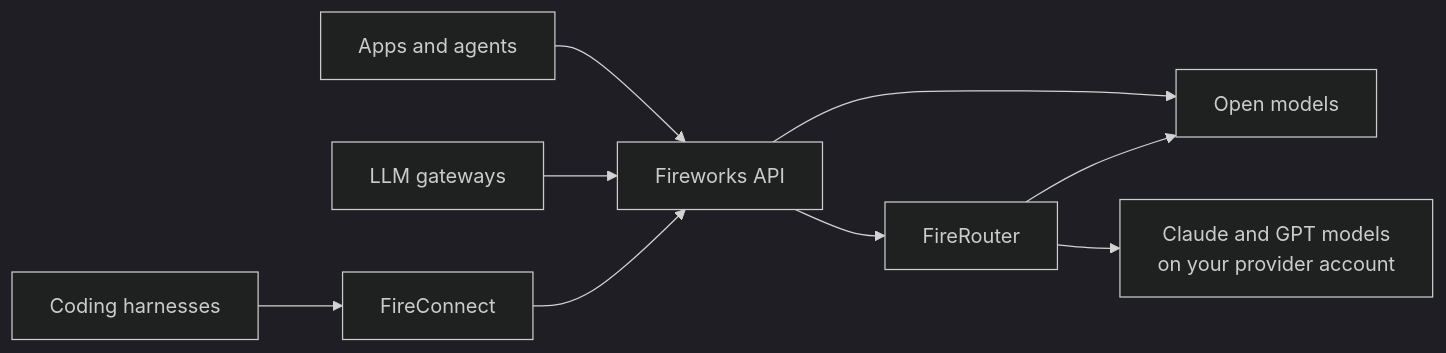
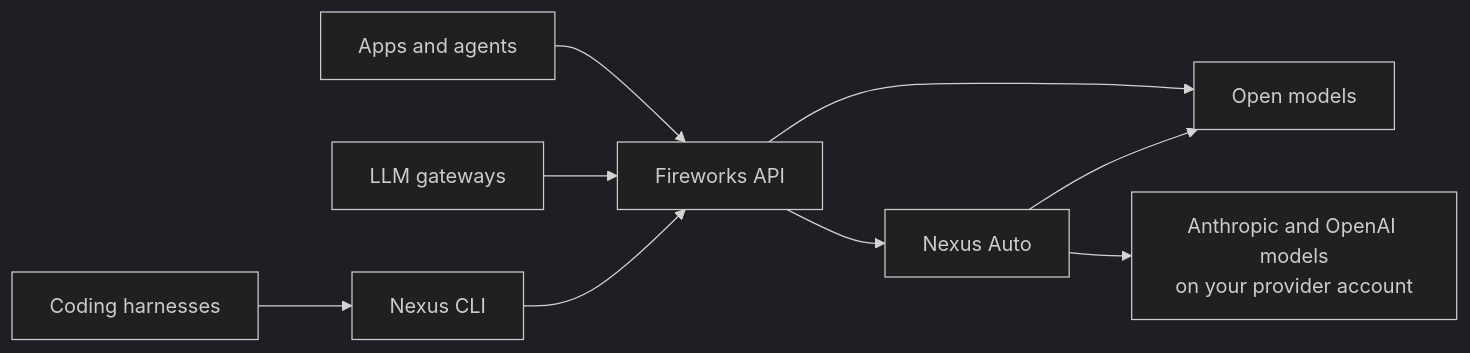
The diagram in ai-models/fireworks/pages/nexus.md (Eyre921/ofiicial-developer-docs), drawn with Mermaid (dark theme) before and after one commit. The commit also changed other lines of this file and 1078 other files, not shown here.

````diff
--- a/ai-models/fireworks/pages/nexus.md
+++ b/ai-models/fireworks/pages/nexus.md
@@ -29,11 +53,11 @@
 ```mermaid theme={null}
 flowchart LR
-  H[Coding harnesses] --> FC[FireConnect]
+  H[Coding harnesses] --> CLI[Nexus CLI]
   A[Apps and agents] --> API[Fireworks API]
   G[LLM gateways] --> API
-  FC --> API
+  CLI --> API
   API --> OM[Open models]
-  API --> FR[FireRouter]
-  FR --> OM
-  FR --> CM[Claude and GPT models<br/>on your provider account]
+  API --> NA[Nexus Auto]
+  NA --> OM
+  NA --> CM[Anthropic and OpenAI models<br/>on your provider account]
 ```
````
